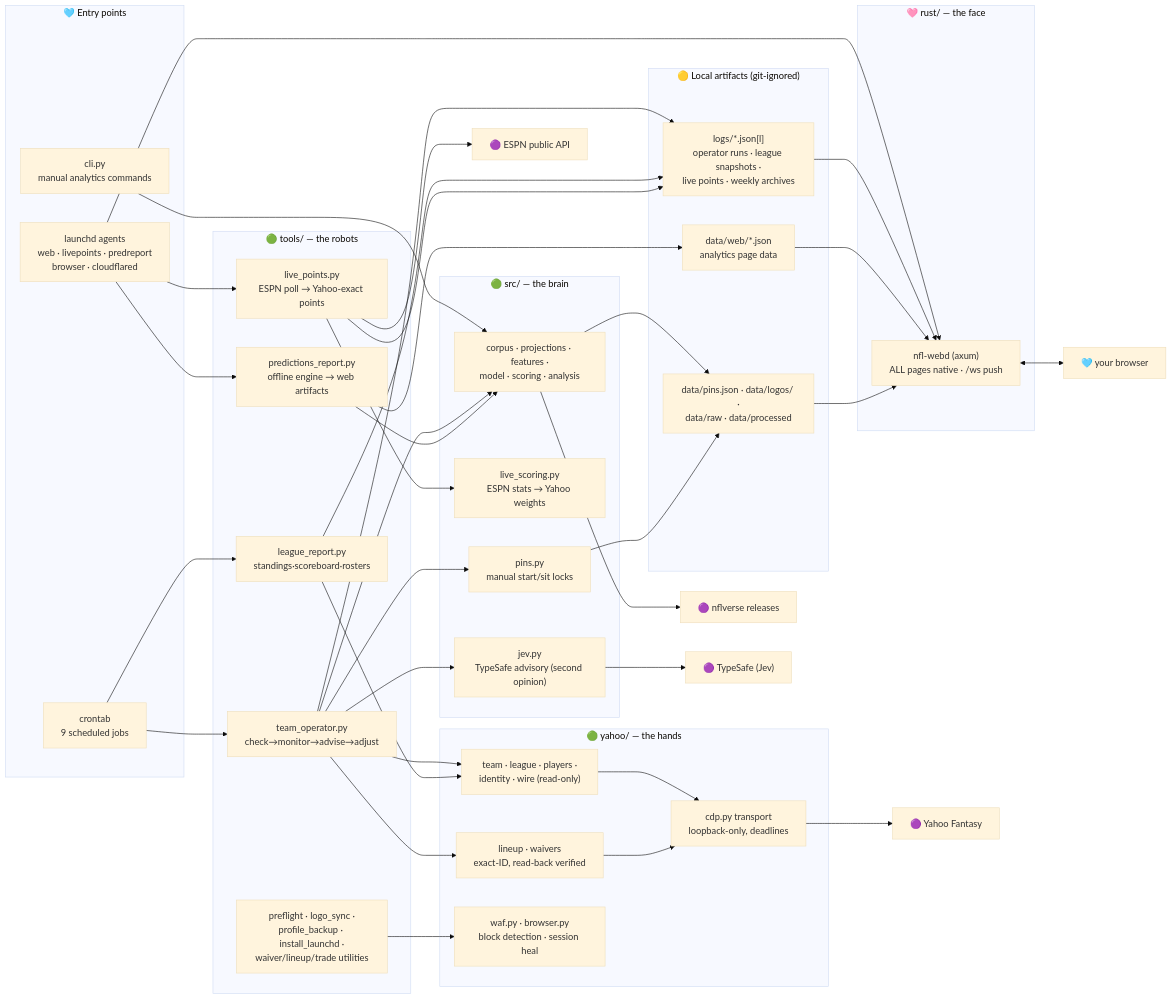
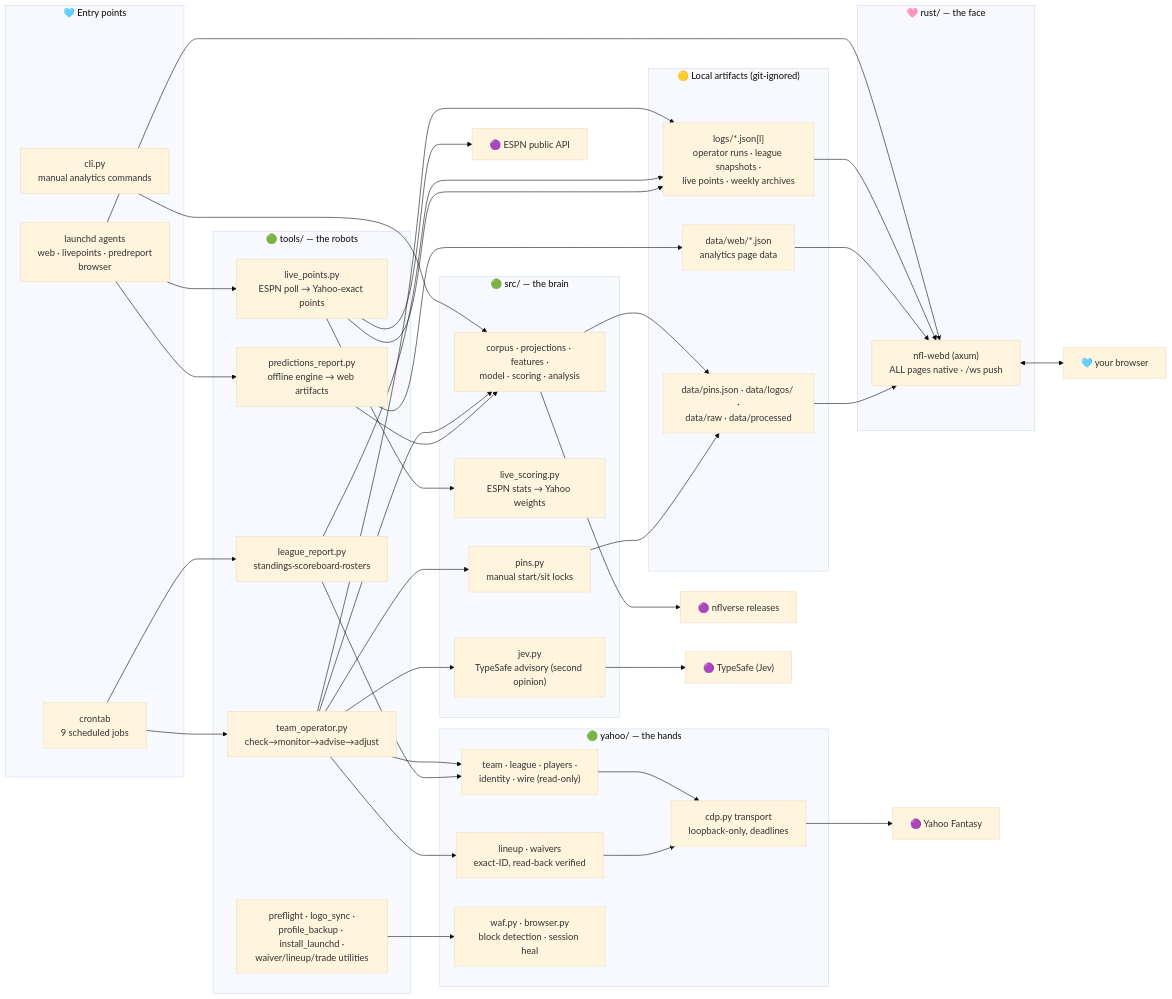
The diagram in docs/CODE_GUIDE.md (m0n3r0/nfl), drawn with Mermaid (base theme) before and after one commit. The commit also changed 12 other files, not shown here.

First line of the commit message:
web edge: replace cloudflared quick tunnel with Tailscale Funnel

````diff
--- a/docs/CODE_GUIDE.md
+++ b/docs/CODE_GUIDE.md
@@ -39,68 +39,68 @@
 ```mermaid
 flowchart LR
     subgraph ENTRY["🩵 Entry points"]
         CLI["cli.py<br/>manual analytics commands"]
         CRON["crontab<br/>9 scheduled jobs"]
-        LAUNCHD["launchd agents<br/>web · livepoints · predreport<br/>browser · cloudflared"]
+        LAUNCHD["launchd agents<br/>web · livepoints · predreport<br/>browser"]
     end
 
     subgraph TOOLS["🟢 tools/ — the robots"]
         OPER["team_operator.py<br/>check→monitor→advise→adjust"]
         LEAGR["league_report.py<br/>standings·scoreboard·rosters"]
         LIVEP["live_points.py<br/>ESPN poll → Yahoo-exact points"]
         PREDR["predictions_report.py<br/>offline engine → web artifacts"]
         HELPERS["preflight · logo_sync ·<br/>profile_backup · install_launchd ·<br/>waiver/lineup/trade utilities"]
     end
 
     subgraph YAHOO["🟢 yahoo/ — the hands"]
         CDP["cdp.py transport<br/>loopback-only, deadlines"]
         READS["team · league · players ·<br/>identity · wire (read-only)"]
         WRITES["lineup · waivers<br/>exact-ID, read-back verified"]
         SAFETY["waf.py · browser.py<br/>block detection · session heal"]
     end
 
     subgraph SRC["🟢 src/ — the brain"]
         ENGINE["corpus · projections · features ·<br/>model · scoring · analysis"]
         LIVESCORE["live_scoring.py<br/>ESPN stats → Yahoo weights"]
         PINS["pins.py<br/>manual start/sit locks"]
         JEV["jev.py<br/>TypeSafe advisory (second opinion)"]
     end
 
     subgraph ART["🟡 Local artifacts (git-ignored)"]
         LOGS["logs/*.json[l]<br/>operator runs · league snapshots ·<br/>live points · weekly archives"]
         DATAWEB["data/web/*.json<br/>analytics page data"]
         STATE["data/pins.json · data/logos/ ·<br/>data/raw · data/processed"]
     end
 
     subgraph WEB["🩷 rust/ — the face"]
         NFLWEBD["nfl-webd (axum)<br/>ALL pages native · /ws push"]
     end
 
     YAHOOEXT["🟣 Yahoo Fantasy"]
     ESPNEXT["🟣 ESPN public API"]
     NFLVERSE["🟣 nflverse releases"]
     TYPESAFE["🟣 TypeSafe (Jev)"]
     YOU["🩵 your browser"]
 
     CRON --> OPER & LEAGR
     LAUNCHD --> LIVEP & PREDR & NFLWEBD
     CLI --> ENGINE
     OPER --> READS & WRITES
     OPER --> ENGINE & PINS & JEV
     LEAGR --> READS
     HELPERS --> SAFETY
     READS & WRITES --> CDP
     CDP --> YAHOOEXT
     LIVEP --> ESPNEXT
     LIVEP --> LIVESCORE
     PREDR --> ENGINE
     ENGINE --> NFLVERSE
     JEV --> TYPESAFE
     OPER & LEAGR --> LOGS
     LIVEP --> LOGS
     PREDR --> DATAWEB
     ENGINE --> STATE
     PINS --> STATE
     LOGS & DATAWEB & STATE --> NFLWEBD
     NFLWEBD <--> YOU
 ```
````
